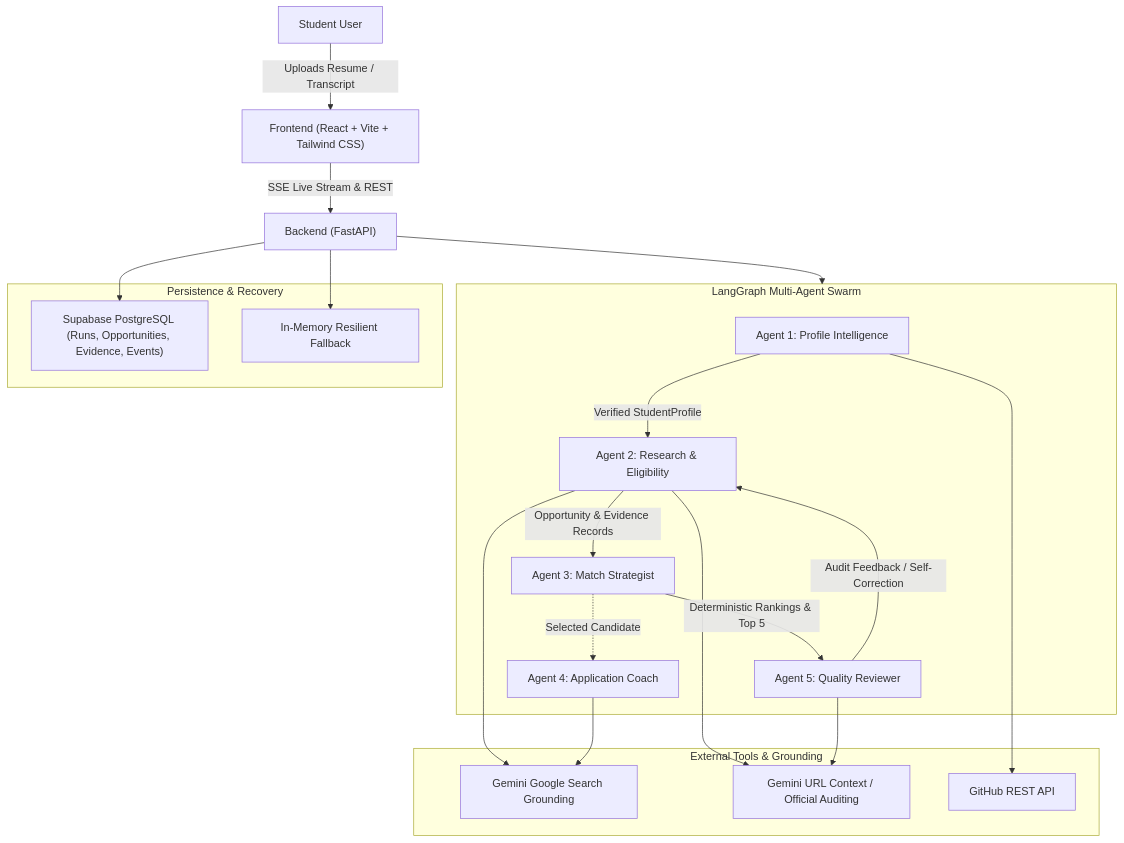
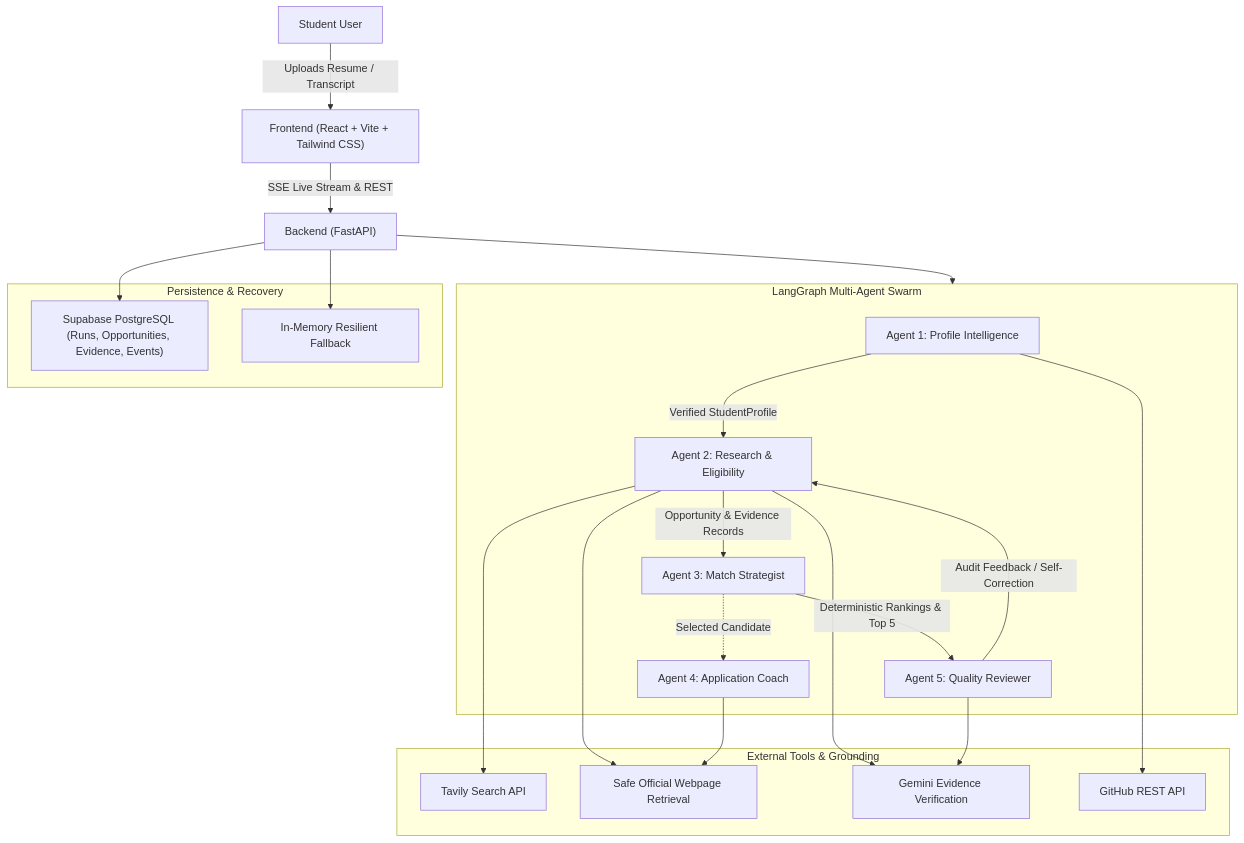
The first of 2 diagrams in docs/ARCHITECTURE.md (Piyush01singh/Agent_Swarm_Case_Study), drawn with Mermaid before and after one commit. The commit also changed other lines of this file and 4 other files, not shown here.

Commit message:
Update documentation to Tavily-based discovery flow

````diff
--- a/docs/ARCHITECTURE.md
+++ b/docs/ARCHITECTURE.md
@@ -10,41 +10,43 @@
 ```mermaid
 graph TD
     User["Student User"] -->|Uploads Resume / Transcript| FE["Frontend (React + Vite + Tailwind CSS)"]
     FE -->|SSE Live Stream & REST| BE["Backend (FastAPI)"]
     
     subgraph MultiAgentSwarm ["LangGraph Multi-Agent Swarm"]
         A1["Agent 1: Profile Intelligence"]
         A2["Agent 2: Research & Eligibility"]
         A3["Agent 3: Match Strategist"]
         A4["Agent 4: Application Coach"]
         A5["Agent 5: Quality Reviewer"]
         
         A1 -->|Verified StudentProfile| A2
         A2 -->|Opportunity & Evidence Records| A3
         A3 -->|Deterministic Rankings & Top 5| A5
         A5 -->|Audit Feedback / Self-Correction| A2
         A3 -.->|Selected Candidate| A4
     end
 
     BE --> MultiAgentSwarm
     
     subgraph ExternalIntegrations ["External Tools & Grounding"]
-        GeminiSearch["Gemini Google Search Grounding"]
-        URLContext["Gemini URL Context / Official Auditing"]
+        TavilySearch["Tavily Search API"]
+        SafeRetrieval["Safe Official Webpage Retrieval"]
+        GeminiAudit["Gemini Evidence Verification"]
         GitHubAPI["GitHub REST API"]
     end
     
     A1 --> GitHubAPI
-    A2 --> GeminiSearch
-    A2 --> URLContext
-    A4 --> GeminiSearch
-    A5 --> URLContext
+    A2 --> TavilySearch
+    A2 --> SafeRetrieval
+    A2 --> GeminiAudit
+    A4 --> SafeRetrieval
+    A5 --> GeminiAudit
     
     subgraph StorageLayer ["Persistence & Recovery"]
         Supabase["Supabase PostgreSQL (Runs, Opportunities, Evidence, Events)"]
         MemoryStore["In-Memory Resilient Fallback"]
     end
     
     BE --> Supabase
     BE --> MemoryStore
 ```
````
